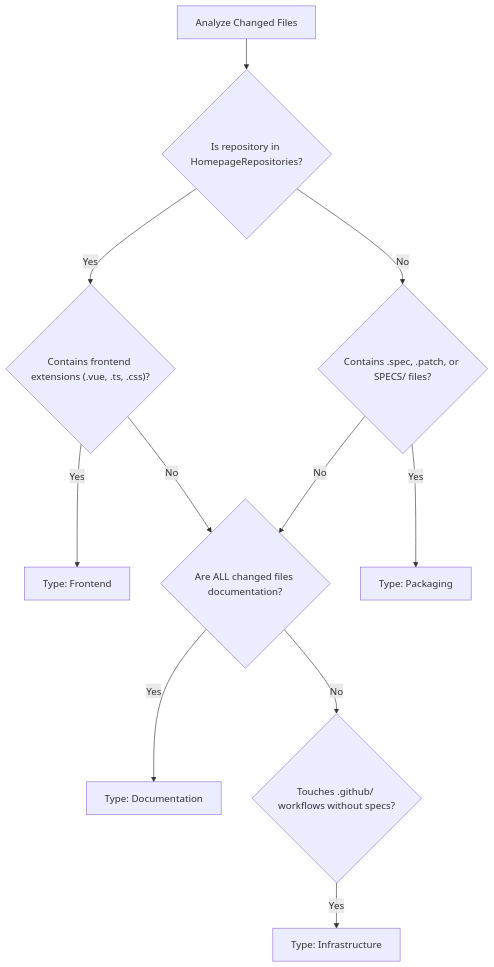
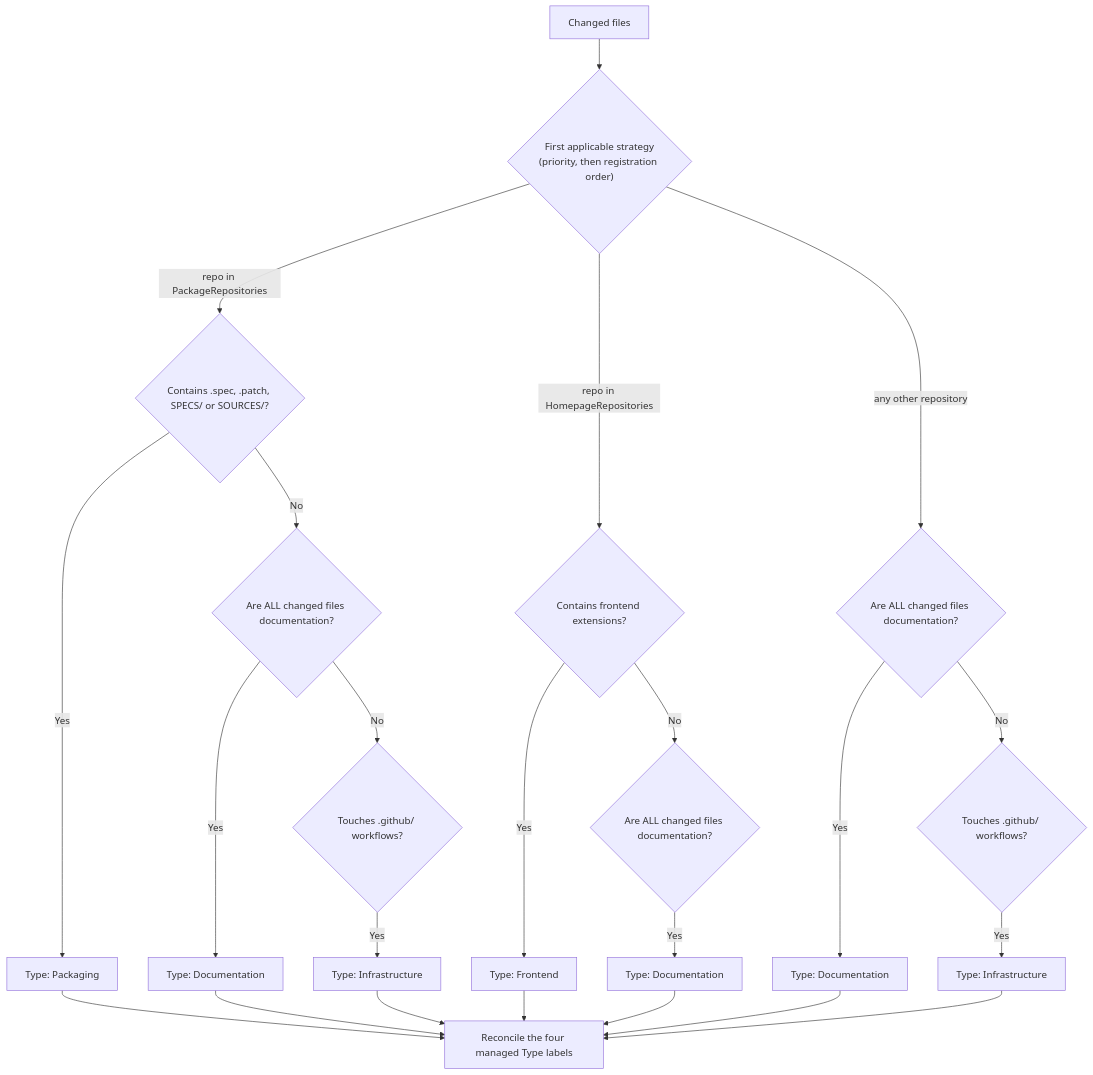
Before and after one commit to openRuyi-Project/abaci-bot: the diagram in docs/modules/change-type.md, drawn with Mermaid. The commit also changed other lines of this file and 3 other files, not shown here.

````diff
--- a/docs/modules/change-type.md
+++ b/docs/modules/change-type.md
@@ -18,13 +18,25 @@
 ```mermaid
 flowchart TD
-    Files["Analyze Changed Files"] --> RepoCheck{"Is repository in HomepageRepositories?"}
-    RepoCheck -- Yes --> Fe{"Contains frontend extensions (.vue, .ts, .css)?"}
+    Files["Changed files"] --> Pick{"First applicable strategy<br/>(priority, then registration order)"}
+    Pick -- "repo in PackageRepositories" --> Pkg{"Contains .spec, .patch, SPECS/ or SOURCES/?"}
+    Pkg -- Yes --> TagPkg["Type: Packaging"]
+    Pkg -- No --> PkgDocs{"Are ALL changed files documentation?"}
+    PkgDocs -- Yes --> TagDoc["Type: Documentation"]
+    PkgDocs -- No --> PkgCi{"Touches .github/ workflows?"}
+    PkgCi -- Yes --> TagInfra["Type: Infrastructure"]
+    Pick -- "repo in HomepageRepositories" --> Fe{"Contains frontend extensions?"}
     Fe -- Yes --> TagFe["Type: Frontend"]
-    Fe -- No --> DocCheck
-    RepoCheck -- No --> Pkg{"Contains .spec, .patch, or SPECS/ files?"}
-    Pkg -- Yes --> TagPkg["Type: Packaging"]
-    Pkg -- No --> DocCheck{"Are ALL changed files documentation?"}
-    DocCheck -- Yes --> TagDoc["Type: Documentation"]
-    DocCheck -- No --> Infra{"Touches .github/ workflows without specs?"}
-    Infra -- Yes --> TagInfra["Type: Infrastructure"]
+    Fe -- No --> HomeDocs{"Are ALL changed files documentation?"}
+    HomeDocs -- Yes --> TagDoc2["Type: Documentation"]
+    Pick -- "any other repository" --> DefDocs{"Are ALL changed files documentation?"}
+    DefDocs -- Yes --> TagDoc3["Type: Documentation"]
+    DefDocs -- No --> DefCi{"Touches .github/ workflows?"}
+    DefCi -- Yes --> TagInfra2["Type: Infrastructure"]
+    TagPkg --> Reconcile["Reconcile the four managed Type labels"]
+    TagDoc --> Reconcile
+    TagDoc2 --> Reconcile
+    TagDoc3 --> Reconcile
+    TagFe --> Reconcile
+    TagInfra --> Reconcile
+    TagInfra2 --> Reconcile
 ```
````
